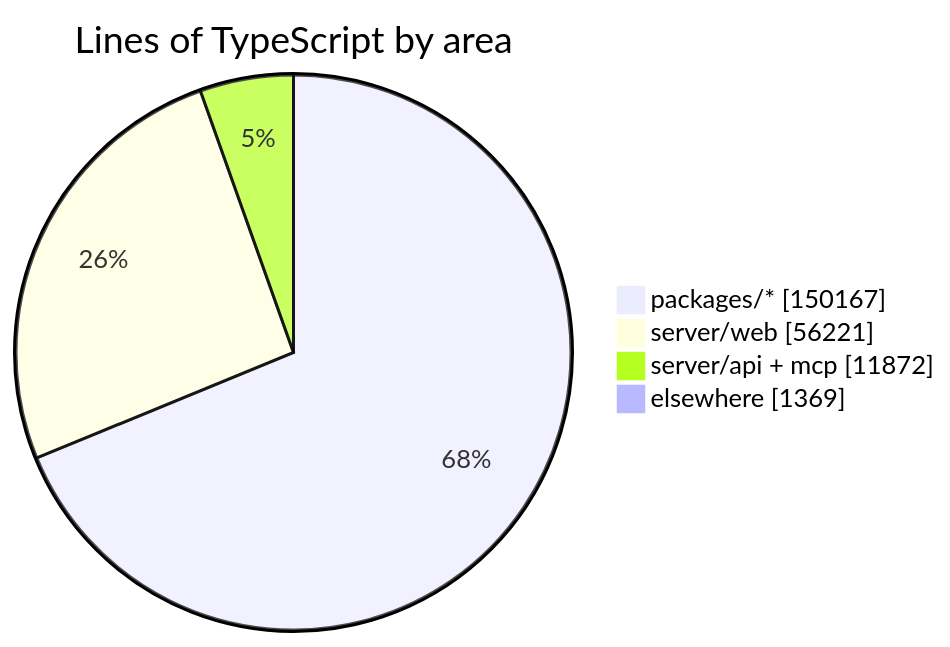
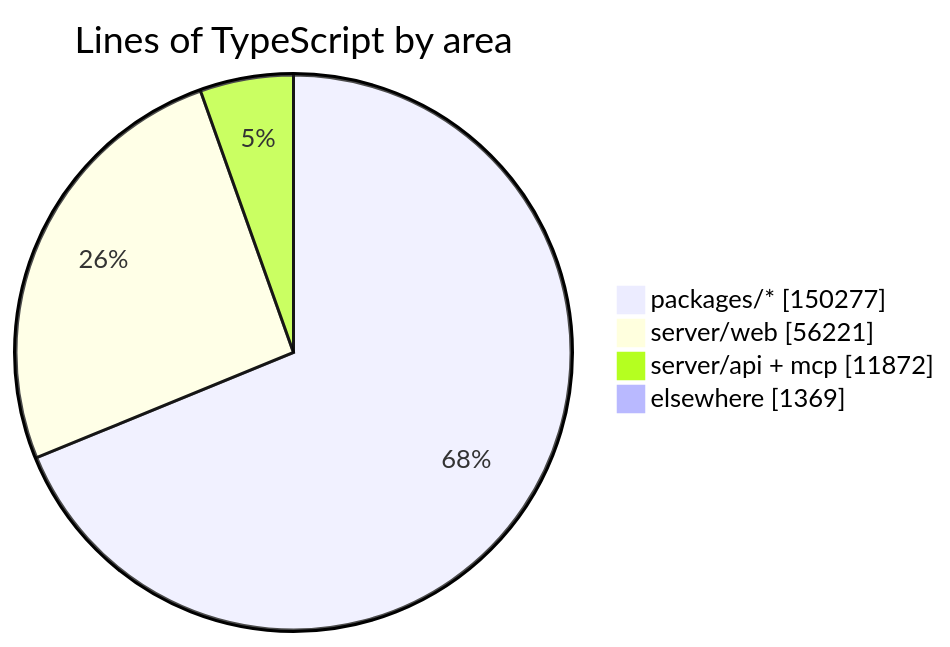
Before and after one commit to crossworks-engineering/mantle: the diagram in README.md, drawn with Mermaid. The commit also changed other lines of this file and 2 other files, not shown here.

````diff
--- a/README.md
+++ b/README.md
@@ -279,7 +279,7 @@
 ```mermaid
 pie showData title Lines of TypeScript by area
-    "packages/*" : 150167
+    "packages/*" : 150277
     "server/web" : 56221
     "server/api + mcp" : 11872
     "elsewhere" : 1369
 ```
````
